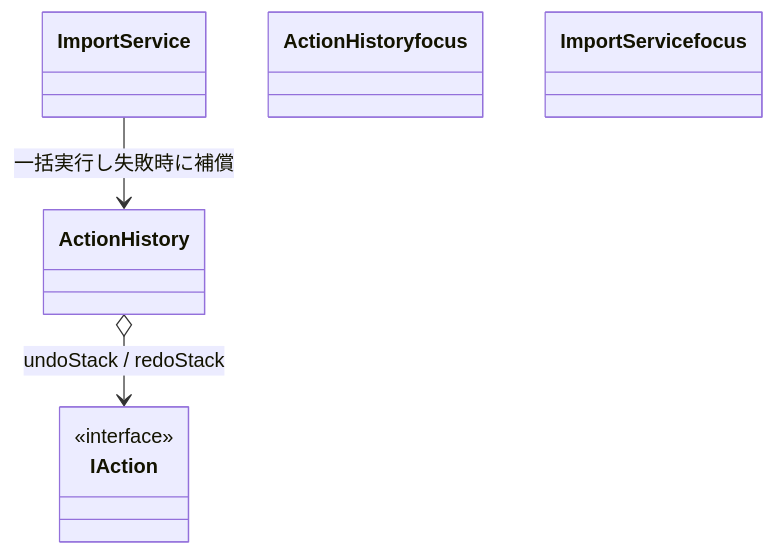
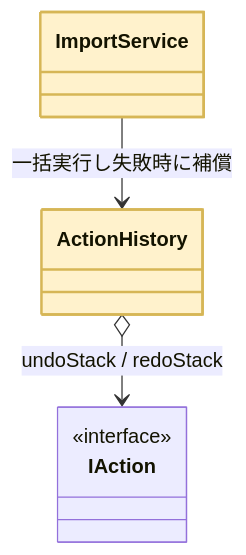
Diagram 15 of 20 in kindle/design-patterns/output/chapter05.md (kumachan1101-pixel/DesignPattern), drawn with Mermaid before and after one commit. The commit also changed other lines of this file and 15 other files, not shown here.

First line of the commit message:
全章classDiagram: phantom浮きクラスを生む着色構文 class X focus を :::focus へ修正（103箇所）

````diff
--- a/kindle/design-patterns/output/chapter05.md
+++ b/kindle/design-patterns/output/chapter05.md
@@ -1391,11 +1391,11 @@
 ```mermaid
 classDiagram
     class ActionHistory
     class IAction { <<interface>> }
     class ImportService
     ActionHistory o--> IAction : undoStack / redoStack
     ImportService --> ActionHistory : 一括実行し失敗時に補償
-    class ActionHistory focus
-    class ImportService focus
+    class ActionHistory:::focus
+    class ImportService:::focus
     classDef focus fill:#FFF2CC,stroke:#D6B656,stroke-width:2px
 ```
````
